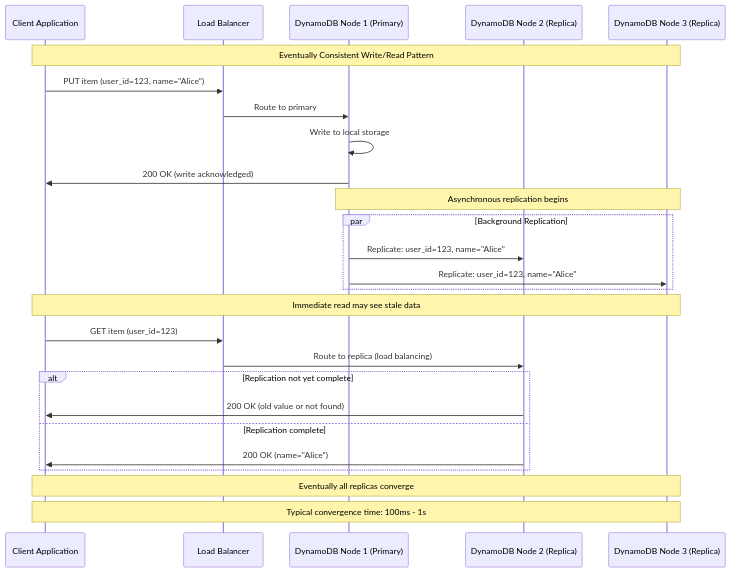
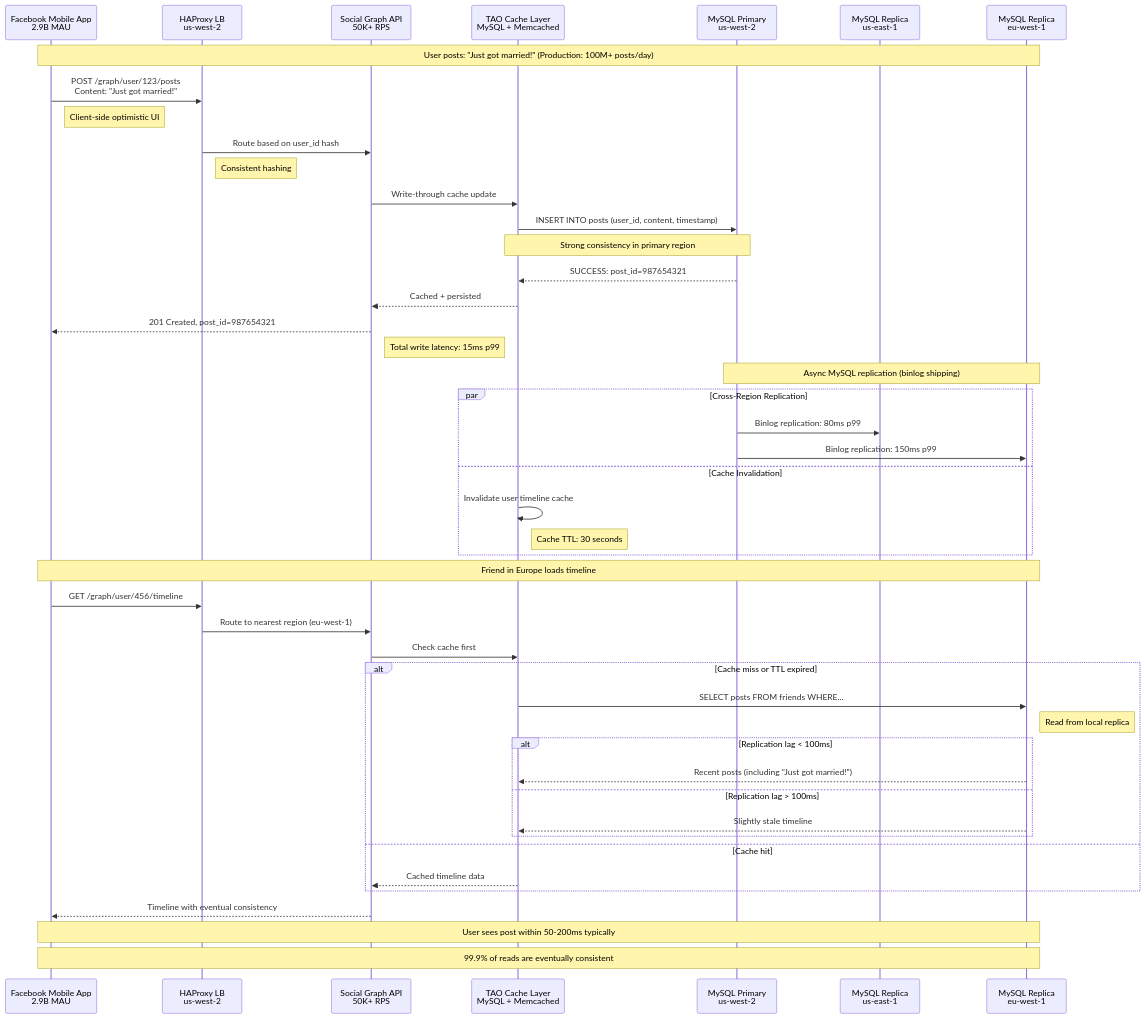
One commit to deepaucksharma/DS changed the second of 9 diagrams in site/docs/guarantees/eventual-consistency/eventual-consistency-concept.md. Above: the diagram before and after it, drawn with Mermaid. The commit also changed other lines of this file and 42 other files, not shown here.

````diff
--- a/site/docs/guarantees/eventual-consistency/eventual-consistency-concept.md
+++ b/site/docs/guarantees/eventual-consistency/eventual-consistency-concept.md
@@ -53,37 +70,57 @@
 ```mermaid
 sequenceDiagram
-    participant Client as Client Application
-    participant LB as Load Balancer
-    participant N1 as DynamoDB Node 1 (Primary)
-    participant N2 as DynamoDB Node 2 (Replica)
-    participant N3 as DynamoDB Node 3 (Replica)
+    participant APP as Facebook Mobile App<br/>2.9B MAU
+    participant LB as HAProxy LB<br/>us-west-2
+    participant API as Social Graph API<br/>50K+ RPS
+    participant TAO as TAO Cache Layer<br/>MySQL + Memcached
+    participant DB1 as MySQL Primary<br/>us-west-2
+    participant DB2 as MySQL Replica<br/>us-east-1
+    participant DB3 as MySQL Replica<br/>eu-west-1
 
-    Note over Client,N3: Eventually Consistent Write/Read Pattern
+    Note over APP,DB3: User posts: "Just got married!" (Production: 100M+ posts/day)
 
-    Client->>LB: PUT item (user_id=123, name="Alice")
-    LB->>N1: Route to primary
+    APP->>LB: POST /graph/user/123/posts<br/>Content: "Just got married!"
+    Note right of APP: Client-side optimistic UI
+    LB->>API: Route based on user_id hash
+    Note right of LB: Consistent hashing
 
-    N1->>N1: Write to local storage
-    N1->>Client: 200 OK (write acknowledged)
+    API->>TAO: Write-through cache update
+    TAO->>DB1: INSERT INTO posts (user_id, content, timestamp)
+    Note over TAO,DB1: Strong consistency in primary region
+    DB1-->>TAO: SUCCESS: post_id=987654321
+    TAO-->>API: Cached + persisted
+    API-->>APP: 201 Created, post_id=987654321
+    Note right of API: Total write latency: 15ms p99
 
-    Note over N1,N3: Asynchronous replication begins
+    Note over DB1,DB3: Async MySQL replication (binlog shipping)
 
-    par Background Replication
-        N1->>N2: Replicate: user_id=123, name="Alice"
-        N1->>N3: Replicate: user_id=123, name="Alice"
+    par Cross-Region Replication
+        DB1->>DB2: Binlog replication: 80ms p99
+        DB1->>DB3: Binlog replication: 150ms p99
+    and Cache Invalidation
+        TAO->>TAO: Invalidate user timeline cache
+        Note right of TAO: Cache TTL: 30 seconds
     end
 
-    Note over Client,N3: Immediate read may see stale data
+    Note over APP,DB3: Friend in Europe loads timeline
 
-    Client->>LB: GET item (user_id=123)
-    LB->>N2: Route to replica (load balancing)
+    APP->>LB: GET /graph/user/456/timeline
+    LB->>API: Route to nearest region (eu-west-1)
+    API->>TAO: Check cache first
 
-    alt Replication not yet complete
-        N2->>Client: 200 OK (old value or not found)
-    else Replication complete
-        N2->>Client: 200 OK (name="Alice")
+    alt Cache miss or TTL expired
+        TAO->>DB3: SELECT posts FROM friends WHERE...
+        Note right of DB3: Read from local replica
+        alt Replication lag < 100ms
+            DB3-->>TAO: Recent posts (including "Just got married!")
+        else Replication lag > 100ms
+            DB3-->>TAO: Slightly stale timeline
+        end
+    else Cache hit
+        TAO-->>API: Cached timeline data
     end
 
-    Note over Client,N3: Eventually all replicas converge
-    Note over Client,N3: Typical convergence time: 100ms - 1s
+    API-->>APP: Timeline with eventual consistency
+    Note over APP,DB3: User sees post within 50-200ms typically
+    Note over APP,DB3: 99.9% of reads are eventually consistent
 ```
````
